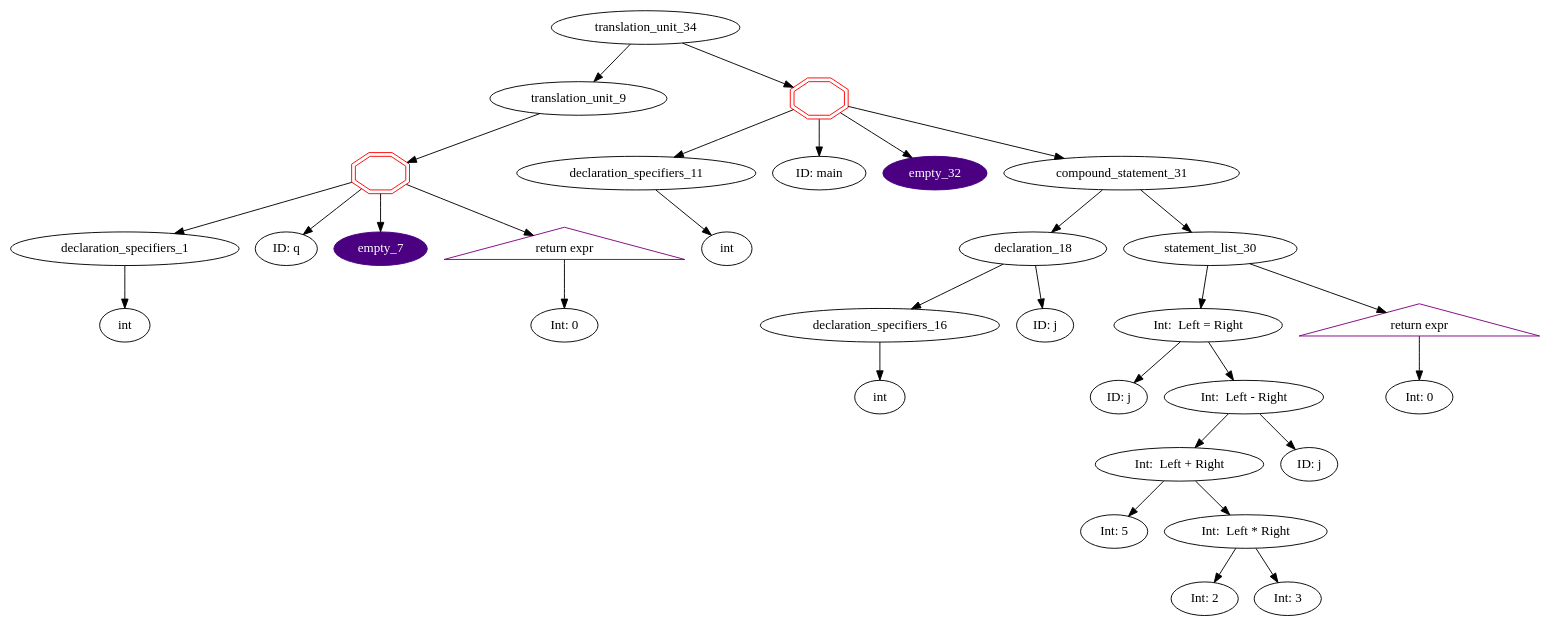
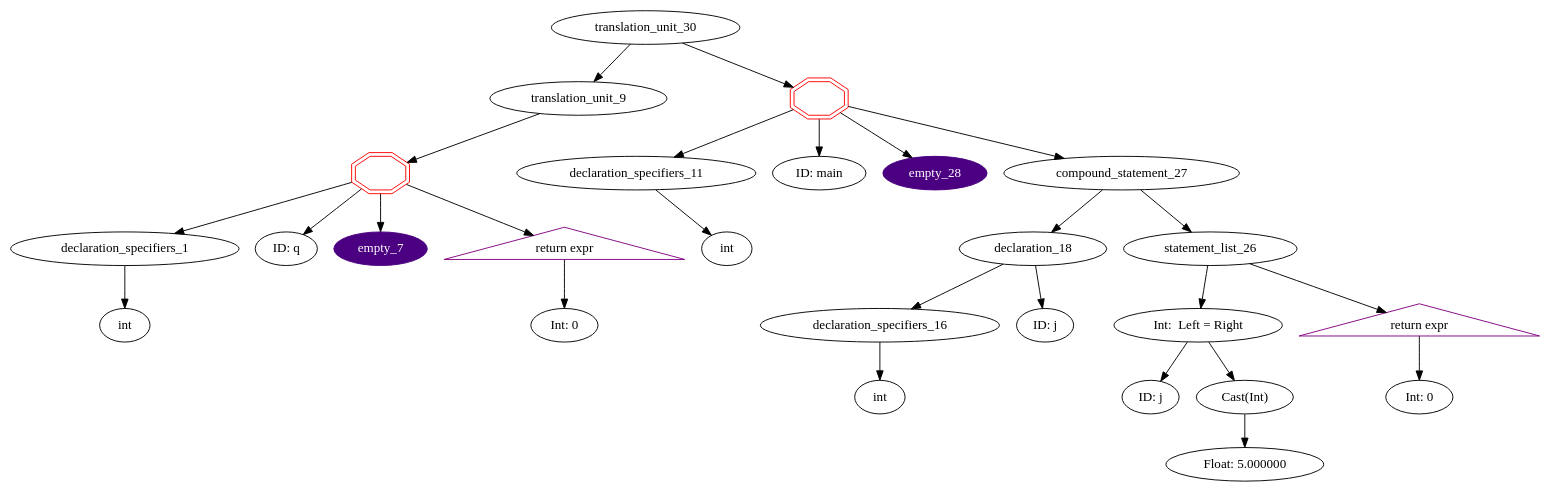
One commit to ahpalmerUNR/c_compiler changed the diagram in graphs/default.gv. Above: the diagram before and after it, drawn with Graphviz. The commit also changed 2 other files, not shown here.

Commit message:
cast node constants

```diff
--- a/graphs/default.gv
+++ b/graphs/default.gv
@@ -1,59 +1,49 @@
 digraph AST {
-	translation_unit_34 -> translation_unit_9;
+	translation_unit_30 -> translation_unit_9;
 	translation_unit_9 -> function_definition_8;
 	function_definition_8 [shape=doubleoctagon,color=red,label=""]
 	function_definition_8 -> declaration_specifiers_1;
 	declaration_specifiers_1 [label="declaration_specifiers_1"]
 	declaration_specifiers_1 -> type_specifier_0;
 	type_specifier_0 [label="int"]
 	function_definition_8 -> identifier_2;
 	identifier_2 [label="ID: q"]
 	function_definition_8 -> empty_7;
 	empty_7 [style=filled,color=indigo,fontcolor=white]
 	function_definition_8 -> jump_statement_6;
 	jump_statement_6 [shape = triangle,color=purple,label="return expr"]
 	jump_statement_6 -> constant_5;
 	constant_5 [label="Int: 0"]
-	translation_unit_34 -> function_definition_33;
-	function_definition_33 [shape=doubleoctagon,color=red,label=""]
-	function_definition_33 -> declaration_specifiers_11;
+	translation_unit_30 -> function_definition_29;
+	function_definition_29 [shape=doubleoctagon,color=red,label=""]
+	function_definition_29 -> declaration_specifiers_11;
 	declaration_specifiers_11 [label="declaration_specifiers_11"]
 	declaration_specifiers_11 -> type_specifier_10;
 	type_specifier_10 [label="int"]
-	function_definition_33 -> identifier_12;
+	function_definition_29 -> identifier_12;
 	identifier_12 [label="ID: main"]
-	function_definition_33 -> empty_32;
-	empty_32 [style=filled,color=indigo,fontcolor=white]
-	function_definition_33 -> compound_statement_31;
-	compound_statement_31 -> declaration_18;
+	function_definition_29 -> empty_28;
+	empty_28 [style=filled,color=indigo,fontcolor=white]
+	function_definition_29 -> compound_statement_27;
+	compound_statement_27 -> declaration_18;
 	declaration_18 [label="declaration_18"]
 	declaration_18 -> declaration_specifiers_16;
 	declaration_specifiers_16 [label="declaration_specifiers_16"]
 	declaration_specifiers_16 -> type_specifier_15;
 	type_specifier_15 [label="int"]
 	declaration_18 -> identifier_17;
 	identifier_17 [label="ID: j"]
-	compound_statement_31 -> statement_list_30;
-	statement_list_30 -> assignment_expression_27;
-	assignment_expression_27 [label="Int:  Left = Right"]
-	assignment_expression_27 -> identifier_19;
+	compound_statement_27 -> statement_list_26;
+	statement_list_26 -> assignment_expression_23;
+	assignment_expression_23 [label="Int:  Left = Right"]
+	assignment_expression_23 -> identifier_19;
 	identifier_19 [label="ID: j"]
-	assignment_expression_27 -> operator_expression_26;
-	operator_expression_26 [label="Int:  Left - Right"]
-	operator_expression_26 -> operator_expression_24;
-	operator_expression_24 [label="Int:  Left + Right"]
-	operator_expression_24 -> constant_20;
-	constant_20 [label="Int: 5"]
-	operator_expression_24 -> operator_expression_23;
-	operator_expression_23 [label="Int:  Left * Right"]
-	operator_expression_23 -> constant_21;
-	constant_21 [label="Int: 2"]
-	operator_expression_23 -> constant_22;
-	constant_22 [label="Int: 3"]
-	operator_expression_26 -> identifier_25;
-	identifier_25 [label="ID: j"]
-	statement_list_30 -> jump_statement_29;
-	jump_statement_29 [shape = triangle,color=purple,label="return expr"]
-	jump_statement_29 -> constant_28;
-	constant_28 [label="Int: 0"]
+	assignment_expression_23 -> cast_expression22;
+	cast_expression22 [label="Cast(Int)"]
+	cast_expression22 -> constant_21;
+	constant_21 [label="Float: 5.000000"]
+	statement_list_26 -> jump_statement_25;
+	jump_statement_25 [shape = triangle,color=purple,label="return expr"]
+	jump_statement_25 -> constant_24;
+	constant_24 [label="Int: 0"]
 }
```
